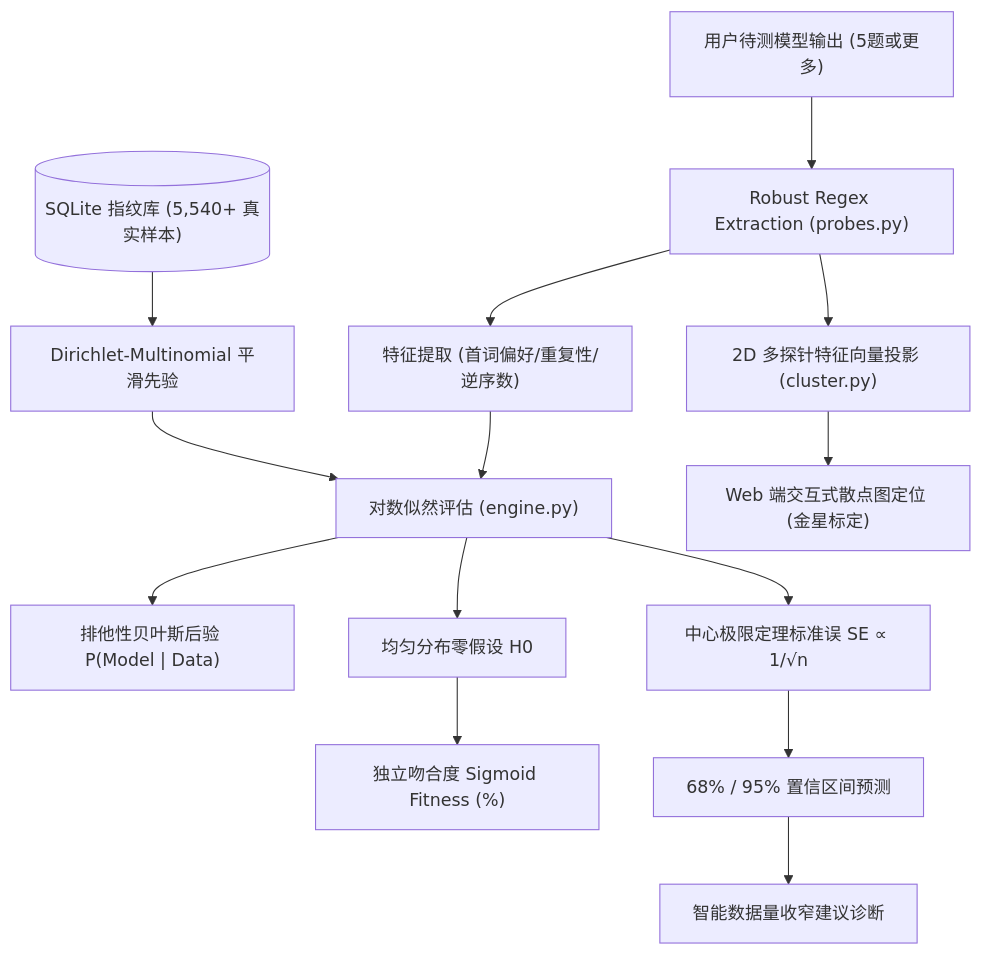
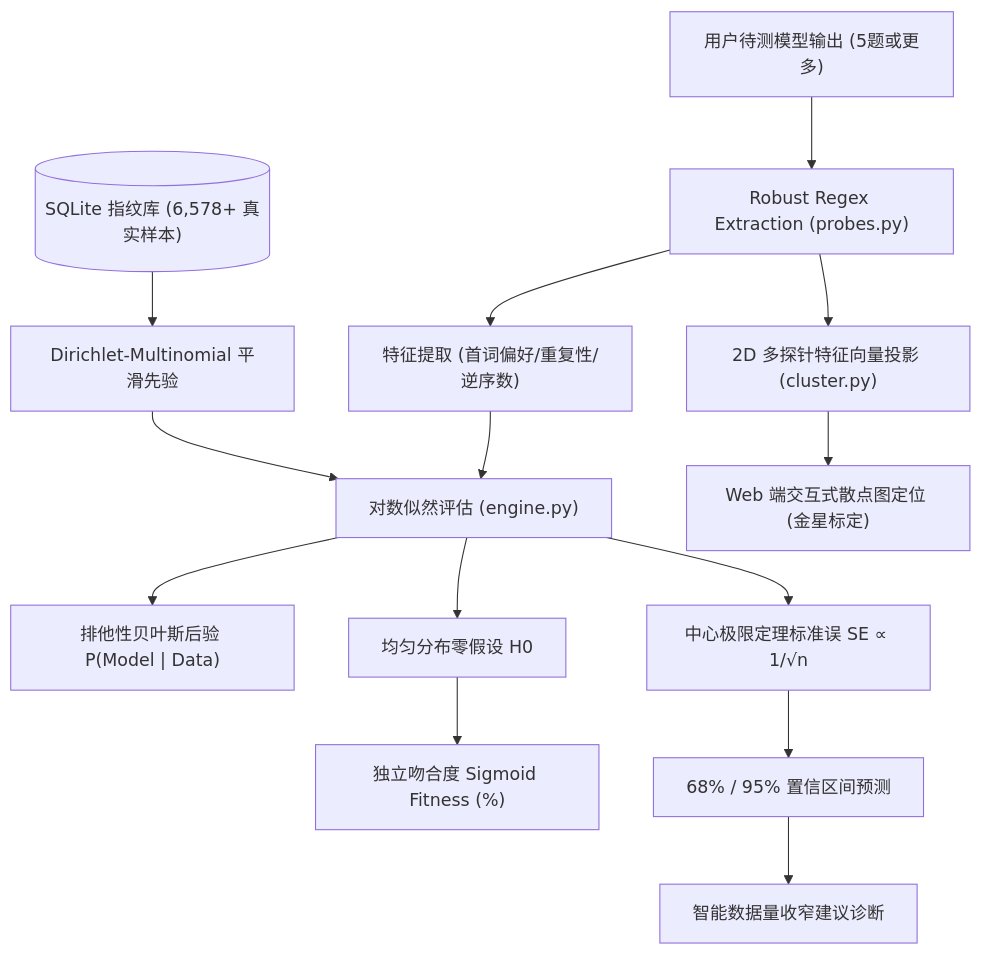
The diagram in AGENTS.md (mcocdaa/StatLLM), drawn with Mermaid before and after one commit. The commit also changed 8 other files, not shown here.

````diff
--- a/AGENTS.md
+++ b/AGENTS.md
@@ -127,20 +127,20 @@
 ```mermaid
 flowchart TD
     UserQuery["用户待测模型输出 (5题或更多)"] --> Extraction["Robust Regex Extraction (probes.py)"]
     Extraction --> Traits["特征提取 (首词偏好/重复性/逆序数)"]
     Traits --> Likelihood["对数似然评估 (engine.py)"]
     
-    DB[("SQLite 指纹库 (5,540+ 真实样本)")] --> Prior["Dirichlet-Multinomial 平滑先验"]
+    DB[("SQLite 指纹库 (6,578+ 真实样本)")] --> Prior["Dirichlet-Multinomial 平滑先验"]
     Prior --> Likelihood
     
     Likelihood --> Posterior["排他性贝叶斯后验 P(Model | Data)"]
     Likelihood --> NullModel["均匀分布零假设 H0"]
     NullModel --> Fitness["独立吻合度 Sigmoid Fitness (%)"]
     
     Likelihood --> SE["中心极限定理标准误 SE ∝ 1/√n"]
     SE --> CI["68% / 95% 置信区间预测"]
     CI --> AdvisoryCard["智能数据量收窄建议诊断"]
     
     Extraction --> PCA["2D 多探针特征向量投影 (cluster.py)"]
     PCA --> Canvas["Web 端交互式散点图定位 (金星标定)"]
 ```
````
